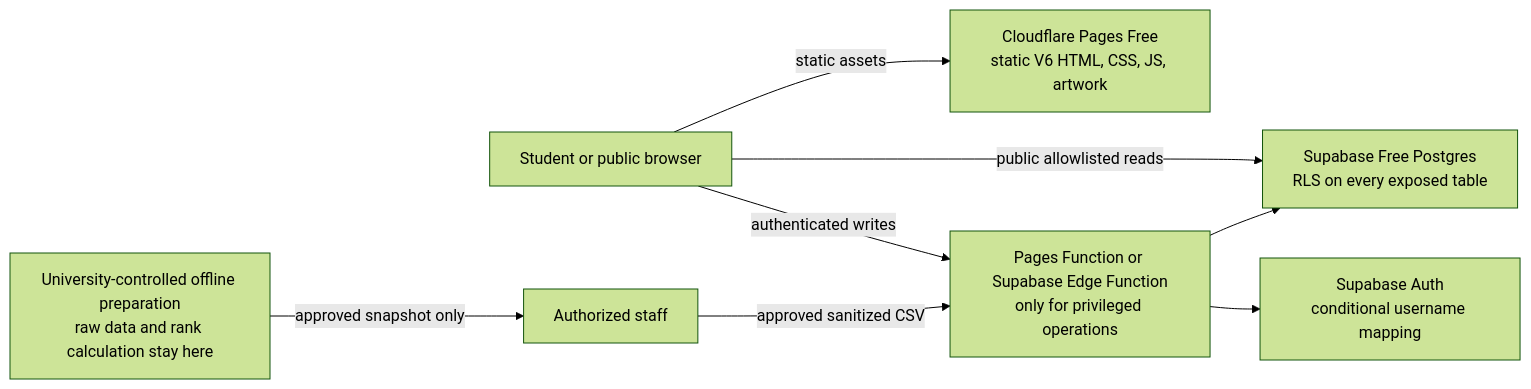
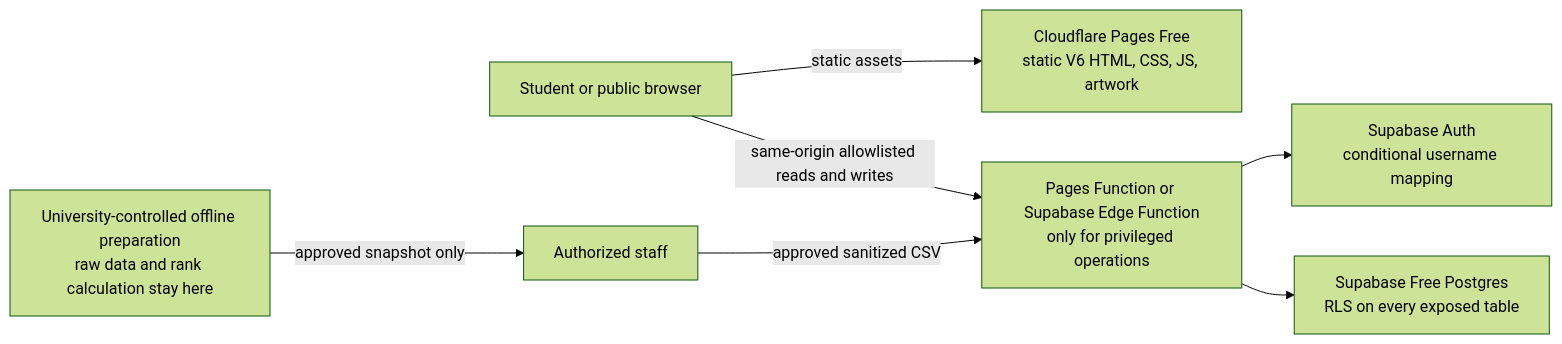
Before and after one commit to Joseph-Nawar/ACADEMIC_ARENA: the diagram in docs/architecture/free-tier-v1.md, drawn with Mermaid (forest theme). The commit also changed other lines of this file and 16 other files, not shown here.

````diff
--- a/docs/architecture/free-tier-v1.md
+++ b/docs/architecture/free-tier-v1.md
@@ -24,18 +24,17 @@
 ```mermaid
 flowchart LR
   Browser[Student or public browser]
   Pages[Cloudflare Pages Free\nstatic V6 HTML, CSS, JS, artwork]
   Edge[Pages Function or Supabase Edge Function\nonly for privileged operations]
   Auth[Supabase Auth\nconditional username mapping]
   DB[Supabase Free Postgres\nRLS on every exposed table]
   Staff[Authorized staff]
   Offline[University-controlled offline preparation\nraw data and rank calculation stay here]
 
   Browser -->|static assets| Pages
-  Browser -->|public allowlisted reads| DB
-  Browser -->|authenticated writes| Edge
+  Browser -->|same-origin allowlisted reads and writes| Edge
   Edge --> Auth
   Edge --> DB
   Staff -->|approved sanitized CSV| Edge
   Offline -->|approved snapshot only| Staff
 ```
````
